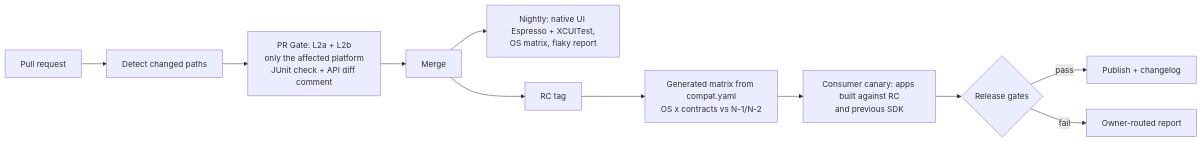
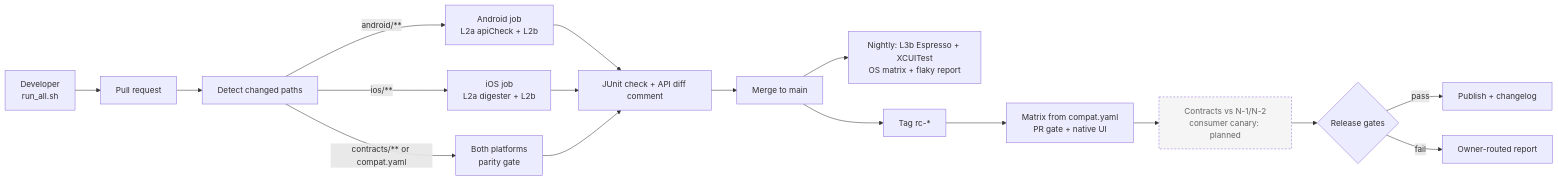
The second of 2 diagrams in docs/FINAL_DELIVERABLE.md (ricardorlg/sdk-qa-assignment), drawn with Mermaid before and after one commit. The commit also changed other lines of this file and 1 other file, not shown here.

````diff
--- a/docs/FINAL_DELIVERABLE.md
+++ b/docs/FINAL_DELIVERABLE.md
@@ -219,13 +290,21 @@
 ```mermaid
 flowchart LR
-  PR[Pull request] --> P[Detect changed paths]
-  P --> A[PR Gate: L2a + L2b<br/>only the affected platform<br/>JUnit check + API diff comment]
-  A --> M[Merge]
-  M --> N[Nightly: native UI Espresso + XCUITest,<br/>OS matrix, flaky report]
-  M --> RC[RC tag]
-  RC --> X[Generated matrix from compat.yaml<br/>OS x contracts vs N-1/N-2]
-  X --> K[Consumer canary: apps built against RC<br/>and previous SDK]
+  DEV[Developer<br/>run_all.sh] --> PR[Pull request]
+  PR --> P[Detect changed paths]
+  P -->|android/**| AND[Android job<br/>L2a apiCheck + L2b]
+  P -->|ios/**| IOS[iOS job<br/>L2a digester + L2b]
+  P -->|contracts/** or compat.yaml| BOTH[Both platforms<br/>parity gate]
+  AND --> REP[JUnit check + API diff comment]
+  IOS --> REP
+  BOTH --> REP
+  REP --> M[Merge to main]
+  M --> N[Nightly: L3b Espresso + XCUITest<br/>OS matrix + flaky report]
+  M --> RC[Tag rc-*]
+  RC --> X[Matrix from compat.yaml<br/>PR gate + native UI]
+  X --> K[Contracts vs N-1/N-2<br/>consumer canary: planned]
   K --> G{Release gates}
   G -->|pass| R[Publish + changelog]
   G -->|fail| F[Owner-routed report]
+  classDef planned stroke-dasharray: 4 3,fill:#f5f5f5,color:#666
+  class K planned
 ```
````
